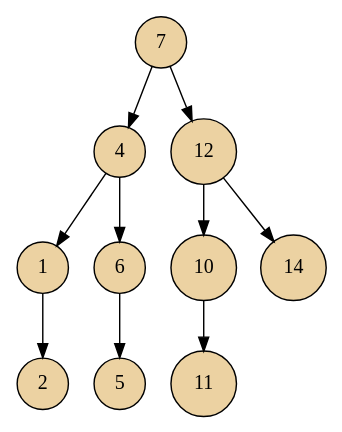
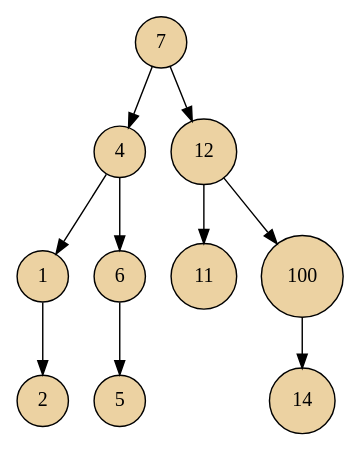
One commit to rcastroumg/AutomatasYLenguajesA changed the diagram in Laboratorio2/bsta/Bsta.dot. Above: the diagram before and after it, drawn with Graphviz. The commit also changed 37 other files, not shown here.

```diff
--- a/Laboratorio2/bsta/Bsta.dot
+++ b/Laboratorio2/bsta/Bsta.dot
@@ -1,14 +1,14 @@
 digraph BST{
  node[shape=circle]
  node[style=filled]
  node[fillcolor="#ECD2A2"]
 7->4;
 4->1;
 1->2;
 4->6;
 6->5;
 7->12;
-12->10;
-10->11;
-12->14;
+12->11;
+12->100;
+100->14;
 }
```
